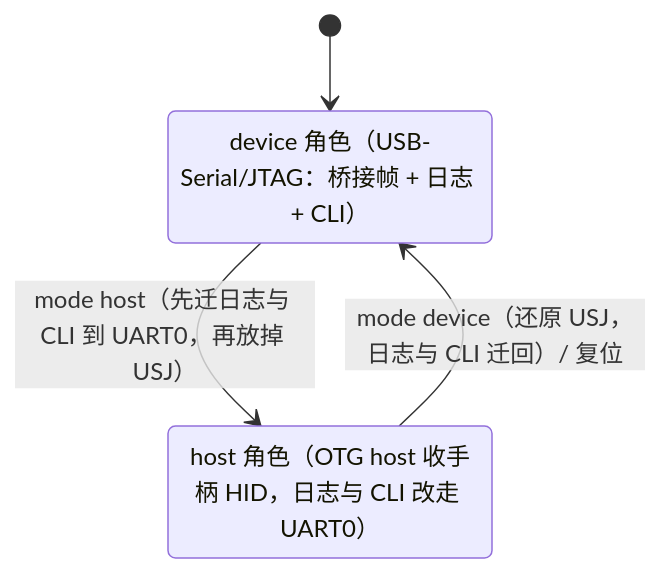
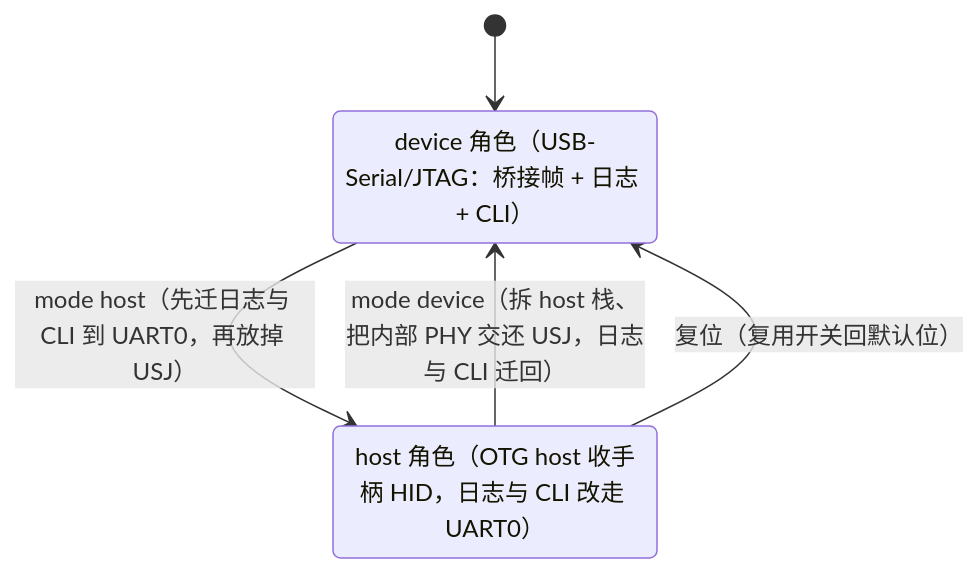
Before and after one commit to slime7/remapad: the sixth of 9 diagrams in docs/ARCHITECTURE.md, drawn with Mermaid. The commit also changed other lines of this file and 42 other files, not shown here.

````diff
--- a/docs/ARCHITECTURE.md
+++ b/docs/ARCHITECTURE.md
@@ -257,8 +258,9 @@
 ```mermaid
 stateDiagram-v2
     [*] --> Device
     Device: device 角色（USB-Serial/JTAG：桥接帧 + 日志 + CLI）
     Host: host 角色（OTG host 收手柄 HID，日志与 CLI 改走 UART0）
     Device --> Host: mode host（先迁日志与 CLI 到 UART0，再放掉 USJ）
-    Host --> Device: mode device（还原 USJ，日志与 CLI 迁回）/ 复位
+    Host --> Device: mode device（拆 host 栈、把内部 PHY 交还 USJ，日志与 CLI 迁回）
+    Host --> Device: 复位（复用开关回默认位）
 ```
````
